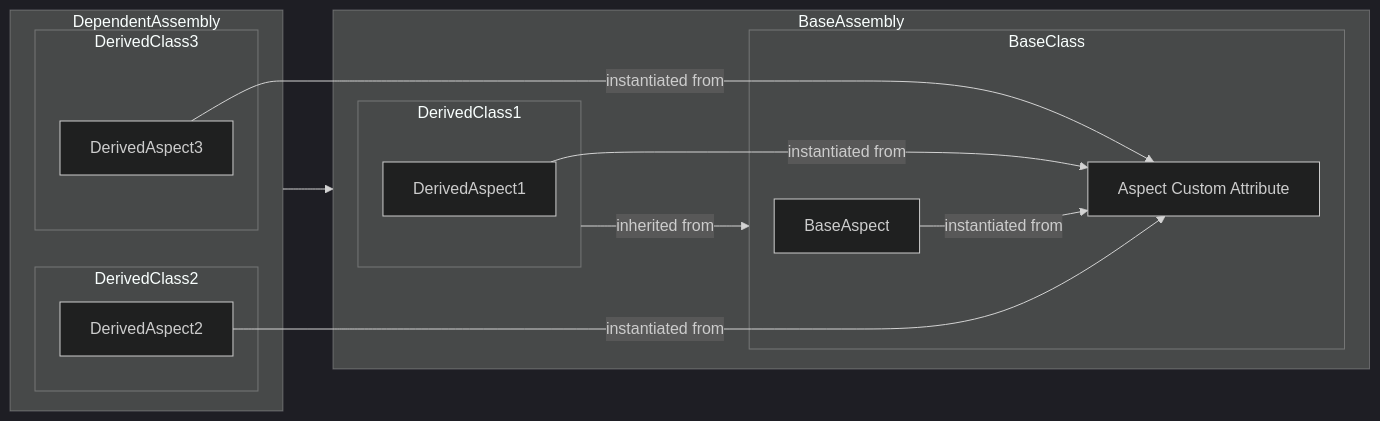
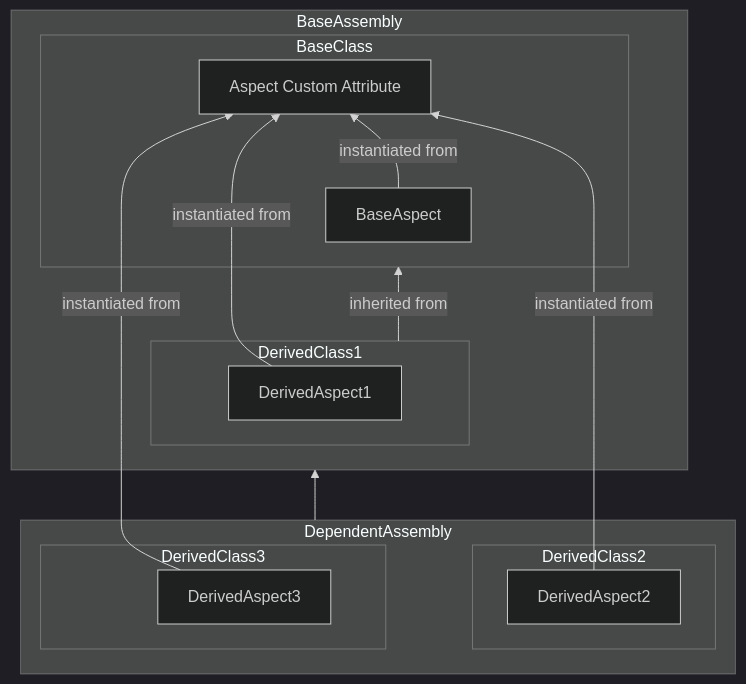
The fifth of 6 diagrams in conceptual/migration/differences-from-postsharp.md (postsharp/Metalama.Documentation), drawn with Mermaid (dark theme) before and after one commit. The commit also changed other lines of this file and 3 other files, not shown here.

Commit message:
Improved conceptual diagrams

````diff
--- a/conceptual/migration/differences-from-postsharp.md
+++ b/conceptual/migration/differences-from-postsharp.md
@@ -152,38 +148,38 @@
 ```mermaid
-flowchart LR
+flowchart BT
 
   subgraph BaseAssembly
 
     subgraph BaseClass
     BaseAspect
     CustomAttribute[Aspect Custom Attribute]
      BaseAspect -->|instantiated from| CustomAttribute
     end
 
     subgraph DerivedClass1
     DerivedAspect1
     end
 
 
     DerivedClass1 -->|inherited from| BaseClass
     DerivedAspect1 -->|instantiated from| CustomAttribute
 
   end
 
   subgraph DependentAssembly
 
     subgraph DerivedClass2
     DerivedAspect2
     end
 
     subgraph DerivedClass3
     DerivedAspect3
     end
 
-   DerivedAspect2 --> |instantiated from| CustomAttribute
+   DerivedAspect2 ----> |instantiated from| CustomAttribute
    DerivedAspect3 --> |instantiated from| CustomAttribute
   end
 
   DependentAssembly --> BaseAssembly
 
 ```
````
